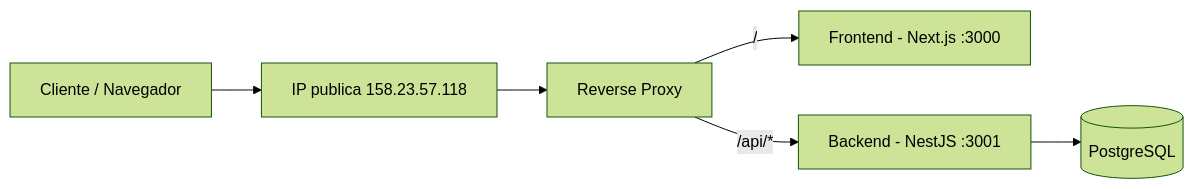
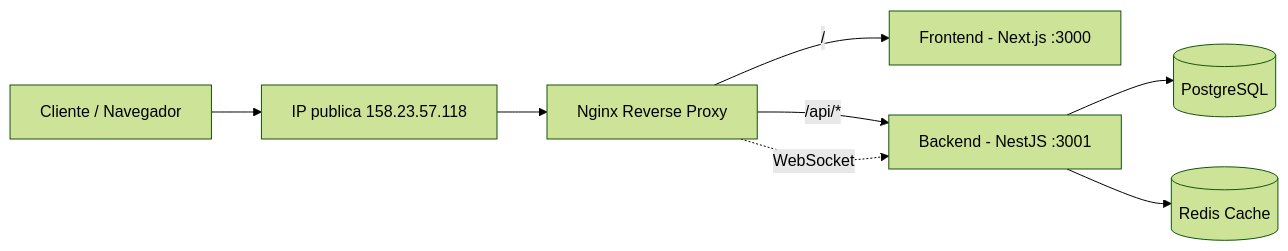
The diagram in README.md (asanabria-2021067/proyecto-ingenieria-software), drawn with Mermaid (forest theme) before and after one commit. The commit also changed other lines of this file and 15 other files, not shown here.

````diff
--- a/README.md
+++ b/README.md
@@ -134,8 +143,10 @@
 ```mermaid
 flowchart LR
     A[Cliente / Navegador] --> B[IP publica 158.23.57.118]
-    B --> C[Reverse Proxy]
+    B --> C[Nginx Reverse Proxy]
     C -->|/| D[Frontend - Next.js :3000]
     C -->|/api/*| E[Backend - NestJS :3001]
+    C -.WebSocket.-> E
     E --> F[(PostgreSQL)]
+    E --> G[(Redis Cache)]
 ```
````
